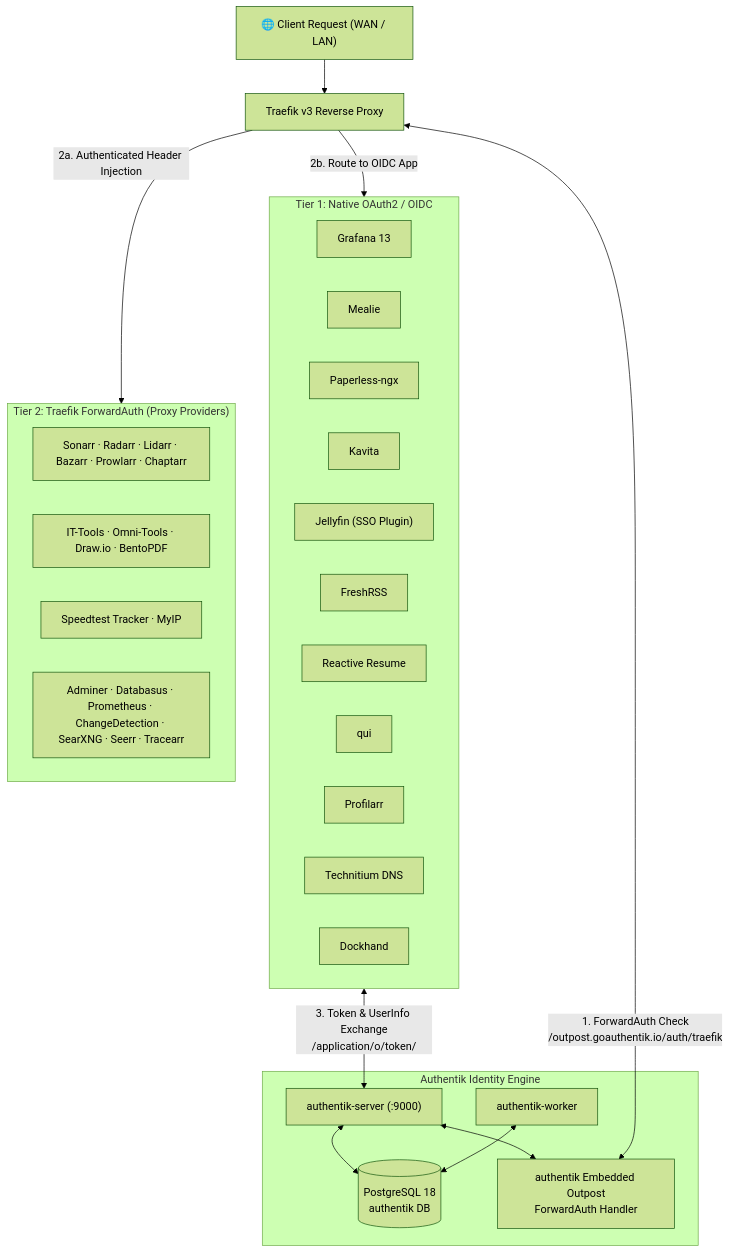
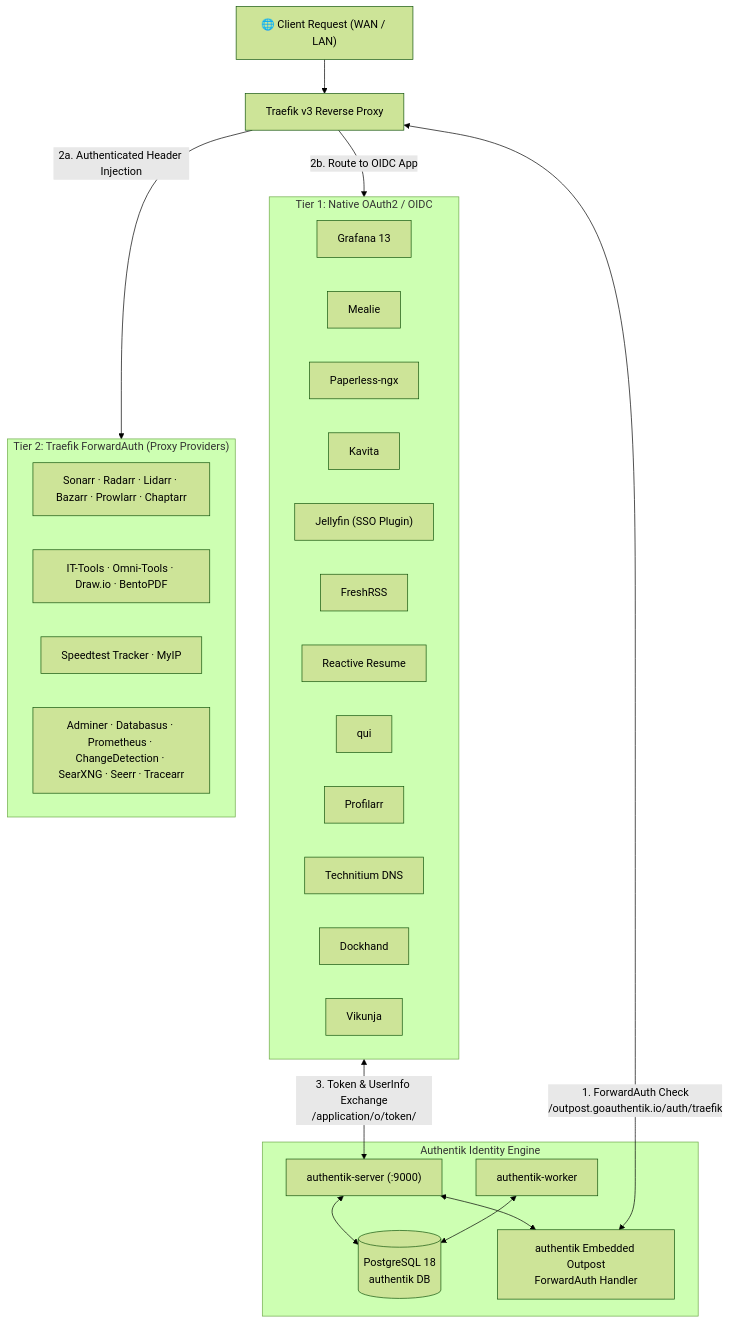
The diagram in compose/authentik/README.md (Dr20Ervin/205hlab), drawn with Mermaid (forest theme) before and after one commit. The commit also changed other lines of this file and 12 other files, not shown here.

````diff
--- a/compose/authentik/README.md
+++ b/compose/authentik/README.md
@@ -18,42 +18,43 @@
 ```mermaid
 flowchart TD
     WAN["🌐 Client Request (WAN / LAN)"] --> Traefik["Traefik v3 Reverse Proxy"]
 
     subgraph AuthentikCore ["Authentik Identity Engine"]
         Server["authentik-server (:9000)"]
         Worker["authentik-worker"]
         Postgres[("PostgreSQL 18<br/>authentik DB")]
         Outpost["authentik Embedded Outpost<br/>ForwardAuth Handler"]
         
         Server <--> Postgres
         Worker <--> Postgres
         Server <--> Outpost
     end
 
     Traefik <-->|1. ForwardAuth Check<br/>/outpost.goauthentik.io/auth/traefik| Outpost
 
     subgraph NativeOIDC ["Tier 1: Native OAuth2 / OIDC"]
         Grafana["Grafana 13"]
         Mealie["Mealie"]
         Paperless["Paperless-ngx"]
         Kavita["Kavita"]
         Jellyfin["Jellyfin (SSO Plugin)"]
         FreshRSS["FreshRSS"]
         Resume["Reactive Resume"]
         Qui["qui"]
         Profilarr["Profilarr"]
         Technitium["Technitium DNS"]
         Dockhand["Dockhand"]
+        Vikunja["Vikunja"]
     end
 
     subgraph ProxyAuth ["Tier 2: Traefik ForwardAuth (Proxy Providers)"]
         Servarr["Sonarr · Radarr · Lidarr · Bazarr · Prowlarr · Chaptarr"]
         WebTools["IT-Tools · Omni-Tools · Draw.io · BentoPDF"]
         NetMon["Speedtest Tracker · MyIP"]
         InternalOps["Adminer · Databasus · Prometheus · ChangeDetection · SearXNG · Seerr · Tracearr"]
     end
 
     Traefik -->|2a. Authenticated Header Injection| ProxyAuth
     Traefik -->|2b. Route to OIDC App| NativeOIDC
     NativeOIDC <-->|3. Token & UserInfo Exchange<br/>/application/o/token/| Server
 ```
````
